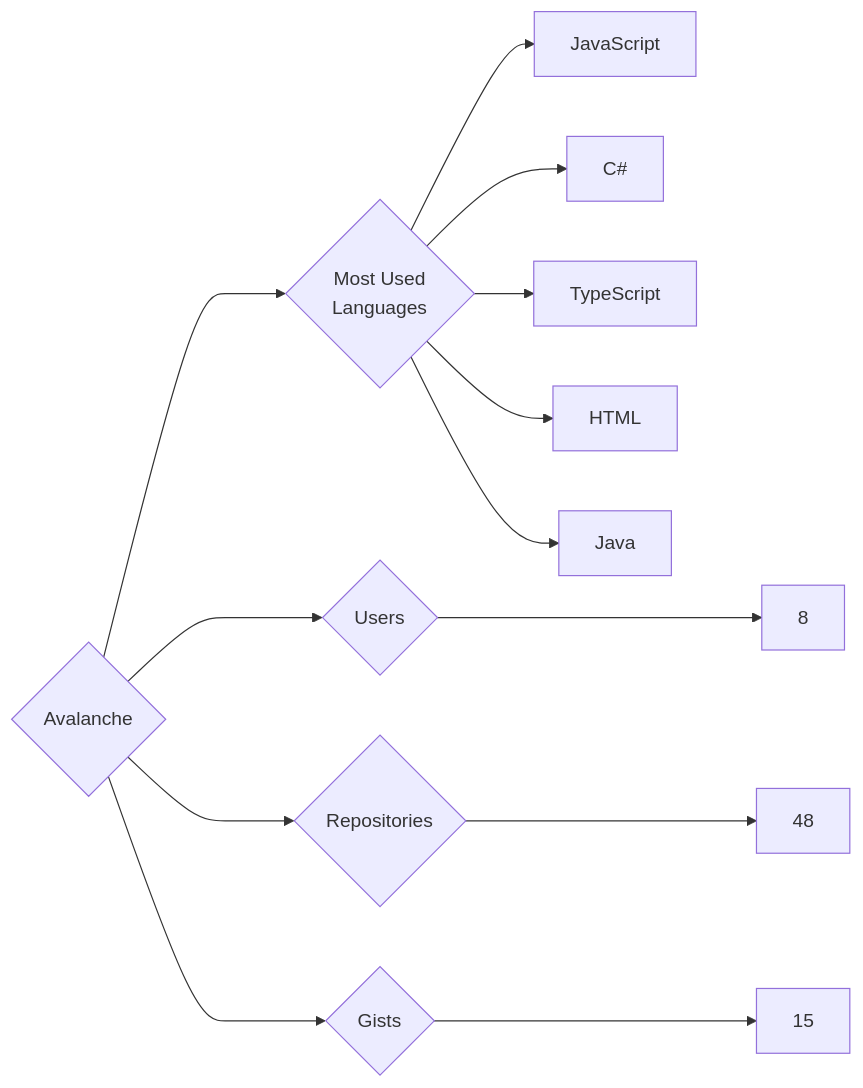
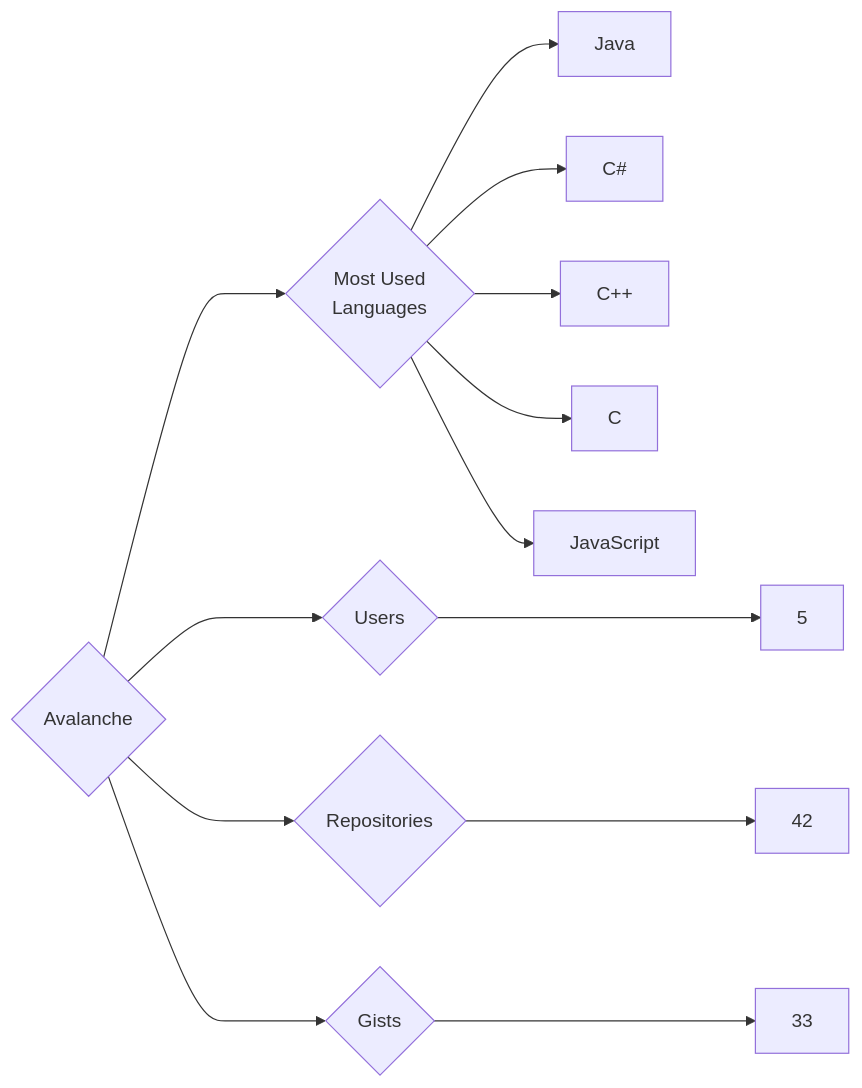
Before and after one commit to trickest/insiders: the diagram in targets/Avalanche/README.md, drawn with Mermaid. The commit also changed 815 other files, not shown here.

````diff
--- a/targets/Avalanche/README.md
+++ b/targets/Avalanche/README.md
@@ -3,13 +3,13 @@
 ```mermaid
 graph LR
 COMPANY_NAME{Avalanche}
-COMPANY_NAME ---> U{Users} ---> UN[8]
-COMPANY_NAME ---> R{Repositories} ---> RN[48]
-COMPANY_NAME ---> G{Gists} ---> GN[15]
+COMPANY_NAME ---> U{Users} ---> UN[5]
+COMPANY_NAME ---> R{Repositories} ---> RN[42]
+COMPANY_NAME ---> G{Gists} ---> GN[33]
 COMPANY_NAME ---> ML{Most Used<br>Languages}
+ML --> Java[Java]
+ML --> C#[C#]
+ML --> C++[C++]
+ML --> C[C]
 ML --> JavaScript[JavaScript]
-ML --> C#[C#]
-ML --> TypeScript[TypeScript]
-ML --> HTML[HTML]
-ML --> Java[Java]
 ```
````
